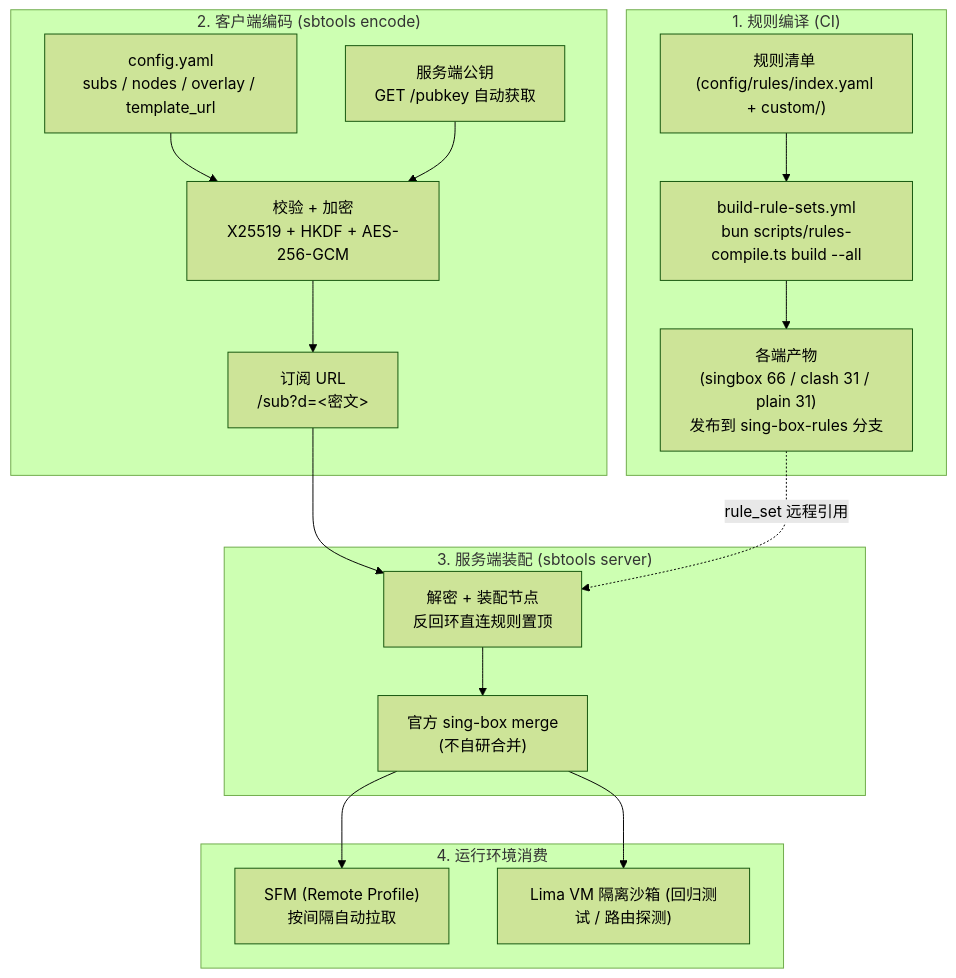
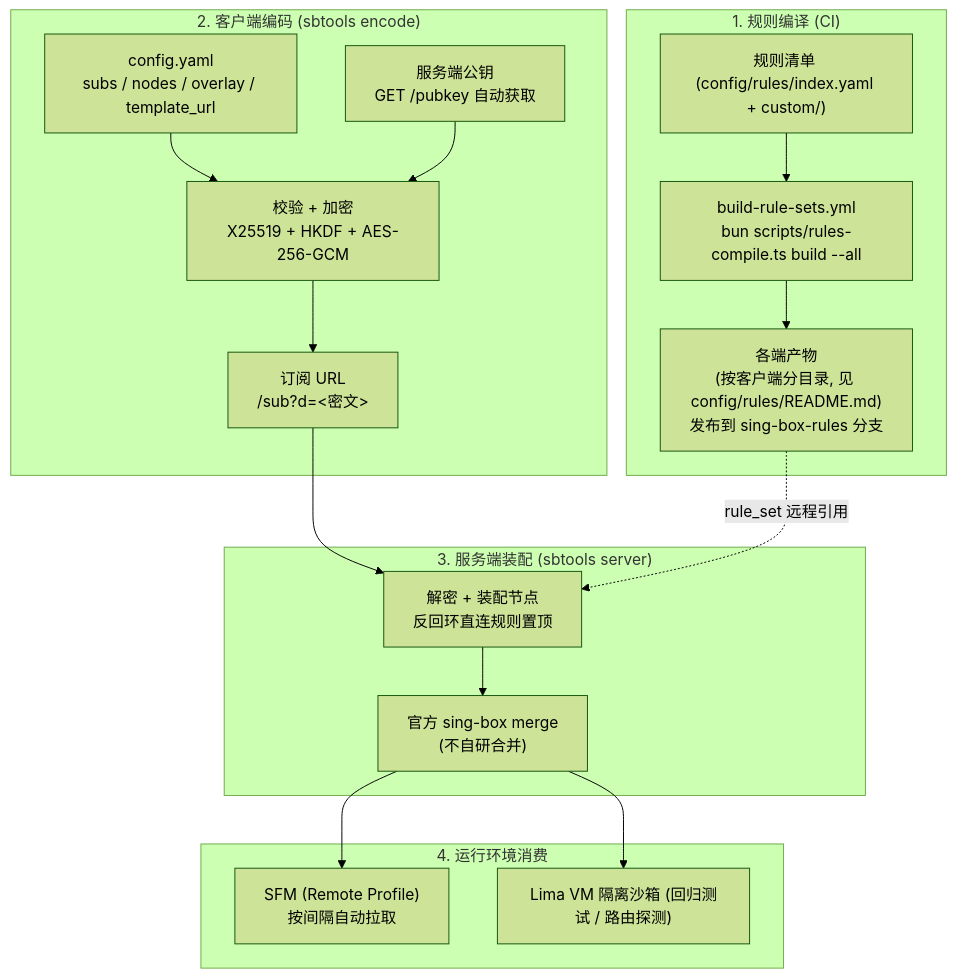
Before and after one commit to shelken/proxy: the first of 3 diagrams in docs/ARCH.md, drawn with Mermaid (forest theme). The commit also changed other lines of this file and 11 other files, not shown here.

````diff
--- a/docs/ARCH.md
+++ b/docs/ARCH.md
@@ -24,24 +24,24 @@
 ```mermaid
 flowchart TD
     subgraph S1 ["1. 规则编译 (CI)"]
         R_SRC["规则清单 (config/rules/index.yaml + custom/)"] --> GHA["build-rule-sets.yml\nbun scripts/rules-compile.ts build --all"]
-        GHA --> R_BIN["各端产物\n(singbox 66 / clash 31 / plain 31)\n发布到 sing-box-rules 分支"]
+        GHA --> R_BIN["各端产物\n(按客户端分目录, 见 config/rules/README.md)\n发布到 sing-box-rules 分支"]
     end
 
     subgraph S2 ["2. 客户端编码 (sbtools encode)"]
         YAML["config.yaml\nsubs / nodes / overlay / template_url"] --> ENC["校验 + 加密\nX25519 + HKDF + AES-256-GCM"]
         PK["服务端公钥\nGET /pubkey 自动获取"] --> ENC
         ENC --> URL["订阅 URL\n/sub?d=&lt;密文&gt;"]
     end
 
     subgraph S3 ["3. 服务端装配 (sbtools server)"]
         URL --> SRV["解密 + 装配节点\n反回环直连规则置顶"]
         SRV --> MG["官方 sing-box merge\n(不自研合并)"]
         R_BIN -.->|rule_set 远程引用| SRV
     end
 
     subgraph S4 ["4. 运行环境消费"]
         MG --> SFM["SFM (Remote Profile)\n按间隔自动拉取"]
         MG --> SANDBOX["Lima VM 隔离沙箱 (回归测试 / 路由探测)"]
     end
 ```
````
